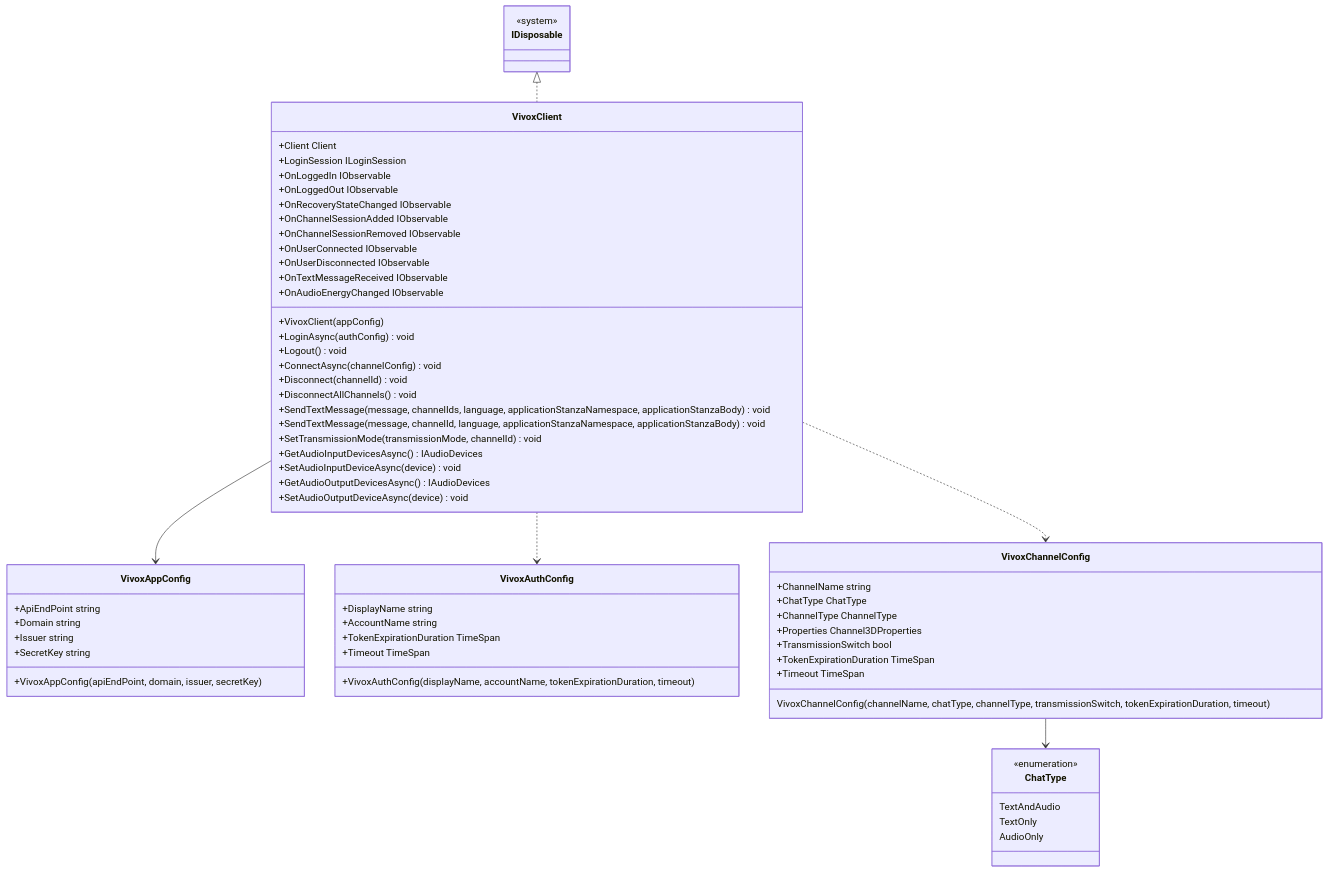
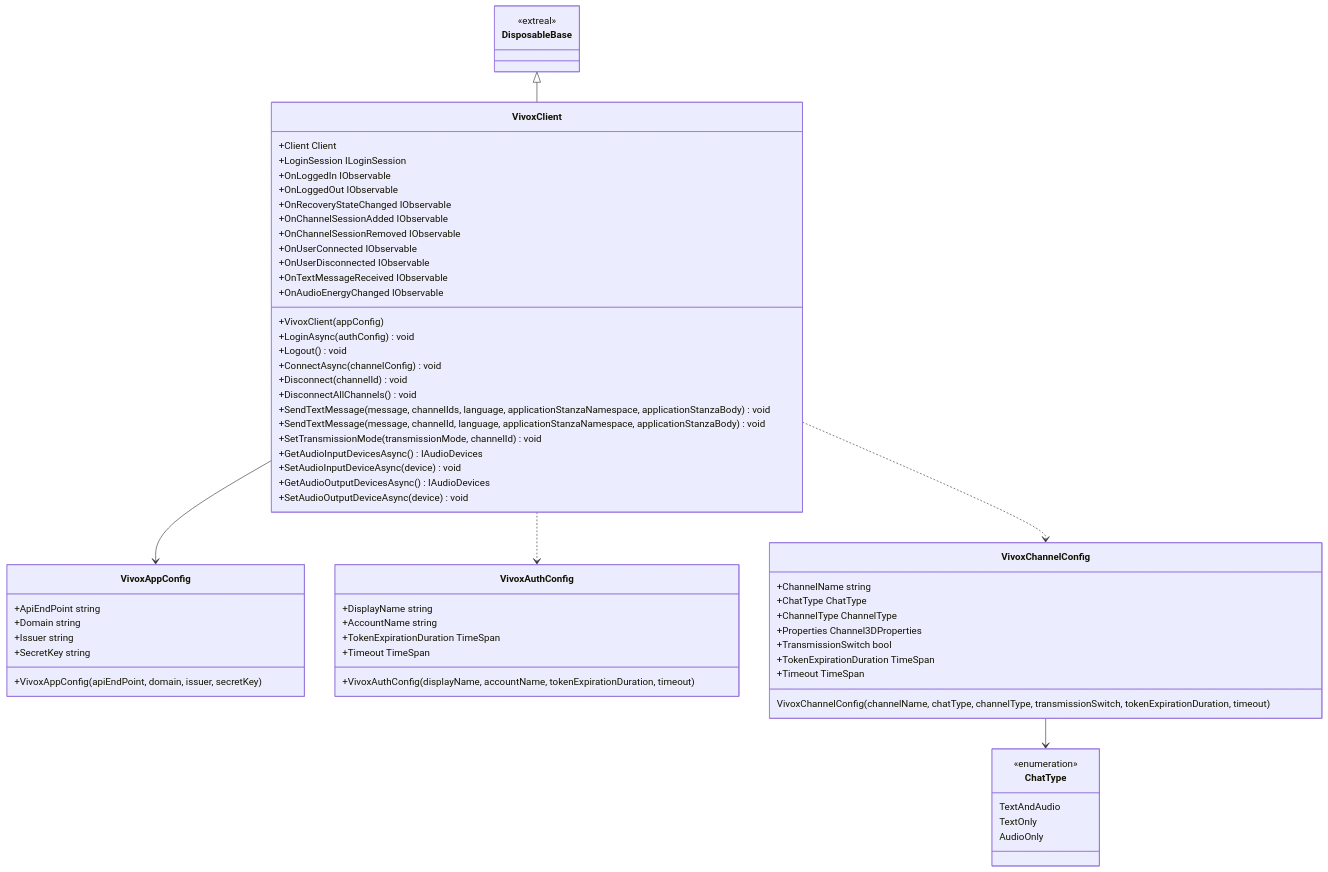
The diagram in docs/integration/chat.vivox.md (extreal-dev/Extreal.Guide), drawn with Mermaid before and after one commit. The commit also changed other lines of this file and 14 other files, not shown here.

````diff
--- a/docs/integration/chat.vivox.md
+++ b/docs/integration/chat.vivox.md
@@ -42,74 +42,74 @@
 ```mermaid
 classDiagram
 
     VivoxClient --> VivoxAppConfig
     VivoxClient ..> VivoxAuthConfig
     VivoxClient ..> VivoxChannelConfig
     VivoxChannelConfig --> ChatType
-    IDisposable <|.. VivoxClient
+    DisposableBase <|-- VivoxClient
 
     class VivoxClient {
         +Client Client
         +LoginSession ILoginSession
         +OnLoggedIn IObservable
         +OnLoggedOut IObservable
         +OnRecoveryStateChanged IObservable
         +OnChannelSessionAdded IObservable
         +OnChannelSessionRemoved IObservable
         +OnUserConnected IObservable
         +OnUserDisconnected IObservable
         +OnTextMessageReceived IObservable
         +OnAudioEnergyChanged IObservable
         +VivoxClient(appConfig)
         +LoginAsync(authConfig) void
         +Logout() void
         +ConnectAsync(channelConfig) void
         +Disconnect(channelId) void
         +DisconnectAllChannels() void
         +SendTextMessage(message, channelIds, language, applicationStanzaNamespace, applicationStanzaBody) void
         +SendTextMessage(message, channelId, language, applicationStanzaNamespace, applicationStanzaBody) void
         +SetTransmissionMode(transmissionMode, channelId) void
         +GetAudioInputDevicesAsync() IAudioDevices
         +SetAudioInputDeviceAsync(device) void
         +GetAudioOutputDevicesAsync() IAudioDevices
         +SetAudioOutputDeviceAsync(device) void
     }
 
     class VivoxAppConfig {
         +ApiEndPoint string
         +Domain string
         +Issuer string
         +SecretKey string
         +VivoxAppConfig(apiEndPoint, domain, issuer, secretKey)
     }
 
     class VivoxAuthConfig {
         +DisplayName string
         +AccountName string
         +TokenExpirationDuration TimeSpan
         +Timeout TimeSpan
         +VivoxAuthConfig(displayName, accountName, tokenExpirationDuration, timeout)
     }
 
     class ChatType {
         <<enumeration>>
         TextAndAudio
         TextOnly
         AudioOnly
     }
 
     class VivoxChannelConfig {
         +ChannelName string
         +ChatType ChatType
         +ChannelType ChannelType
         +Properties Channel3DProperties
         +TransmissionSwitch bool
         +TokenExpirationDuration TimeSpan
         +Timeout TimeSpan
         VivoxChannelConfig(channelName, chatType, channelType, transmissionSwitch, tokenExpirationDuration, timeout)
     }
 
-    class IDisposable {
-        <<system>>
+    class DisposableBase {
+        <<extreal>>
     }
 ```
````
